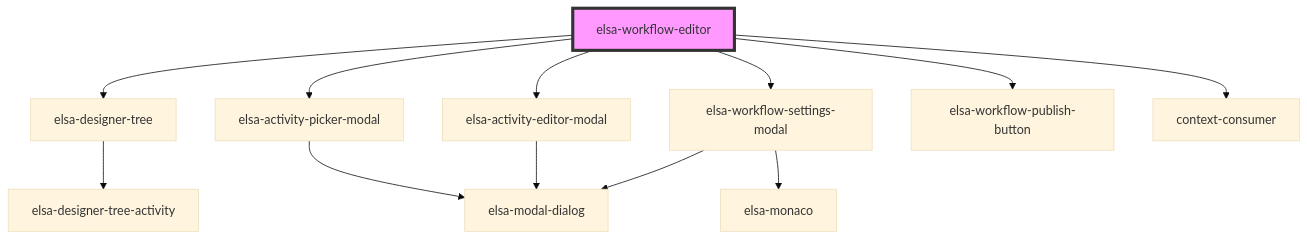
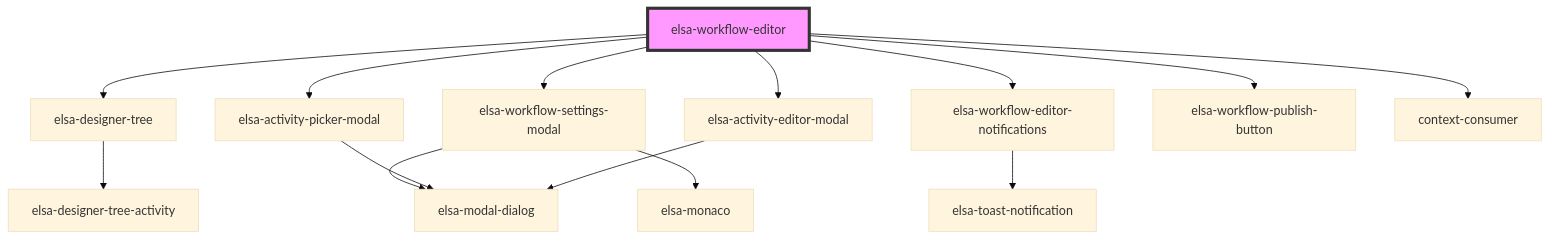
Before and after one commit to elsa-workflows/elsa-core: the diagram in src/designer/elsa-workflows-studio/src/components/editors/workflow-editor/elsa-workflow-editor/readme.md, drawn with Mermaid (base theme). The commit also changed other lines of this file and 18 other files, not shown here.

Commit message:
Package Monaco Editor worker initialization for easier reuse

````diff
--- a/src/designer/elsa-workflows-studio/src/components/editors/workflow-editor/elsa-workflow-editor/readme.md
+++ b/src/designer/elsa-workflows-studio/src/components/editors/workflow-editor/elsa-workflow-editor/readme.md
@@ -51,15 +52,17 @@
 ```mermaid
 graph TD;
   elsa-workflow-editor --> elsa-designer-tree
+  elsa-workflow-editor --> elsa-workflow-settings-modal
+  elsa-workflow-editor --> elsa-workflow-editor-notifications
   elsa-workflow-editor --> elsa-activity-picker-modal
   elsa-workflow-editor --> elsa-activity-editor-modal
-  elsa-workflow-editor --> elsa-workflow-settings-modal
   elsa-workflow-editor --> elsa-workflow-publish-button
   elsa-workflow-editor --> context-consumer
   elsa-designer-tree --> elsa-designer-tree-activity
+  elsa-workflow-settings-modal --> elsa-modal-dialog
+  elsa-workflow-settings-modal --> elsa-monaco
+  elsa-workflow-editor-notifications --> elsa-toast-notification
   elsa-activity-picker-modal --> elsa-modal-dialog
   elsa-activity-editor-modal --> elsa-modal-dialog
-  elsa-workflow-settings-modal --> elsa-modal-dialog
-  elsa-workflow-settings-modal --> elsa-monaco
   style elsa-workflow-editor fill:#f9f,stroke:#333,stroke-width:4px
 ```
````
